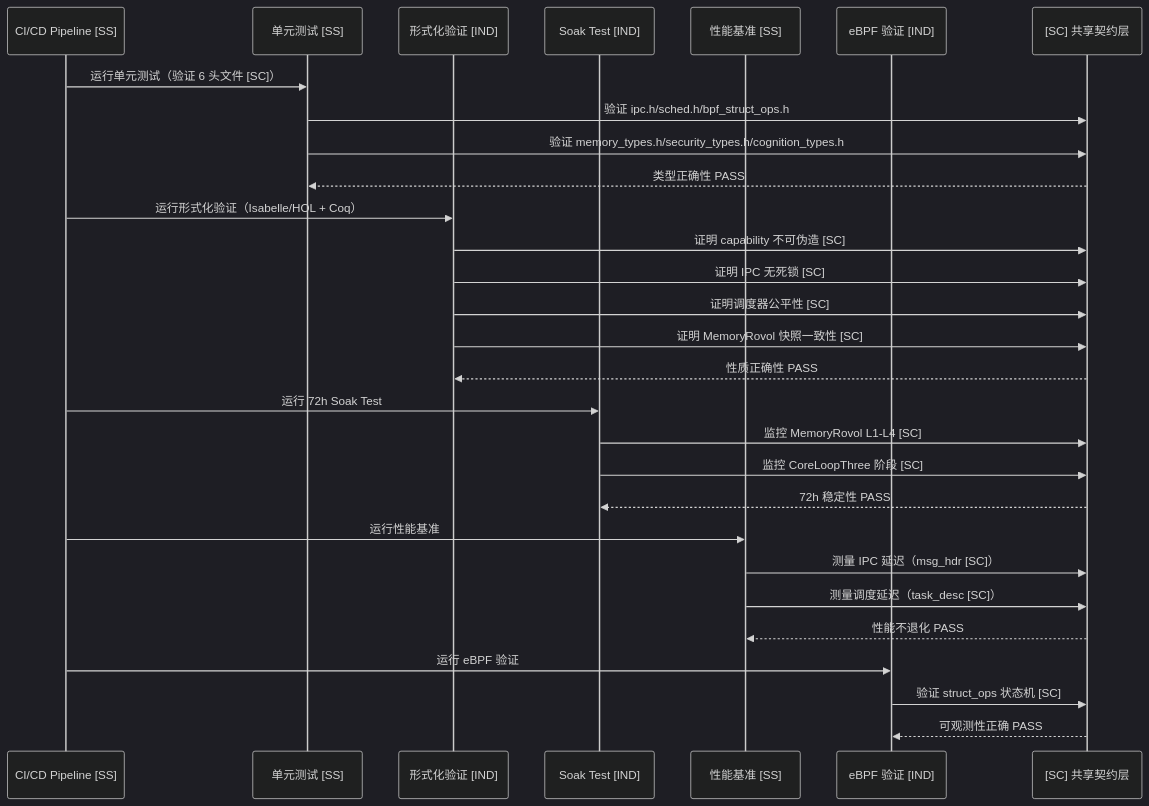
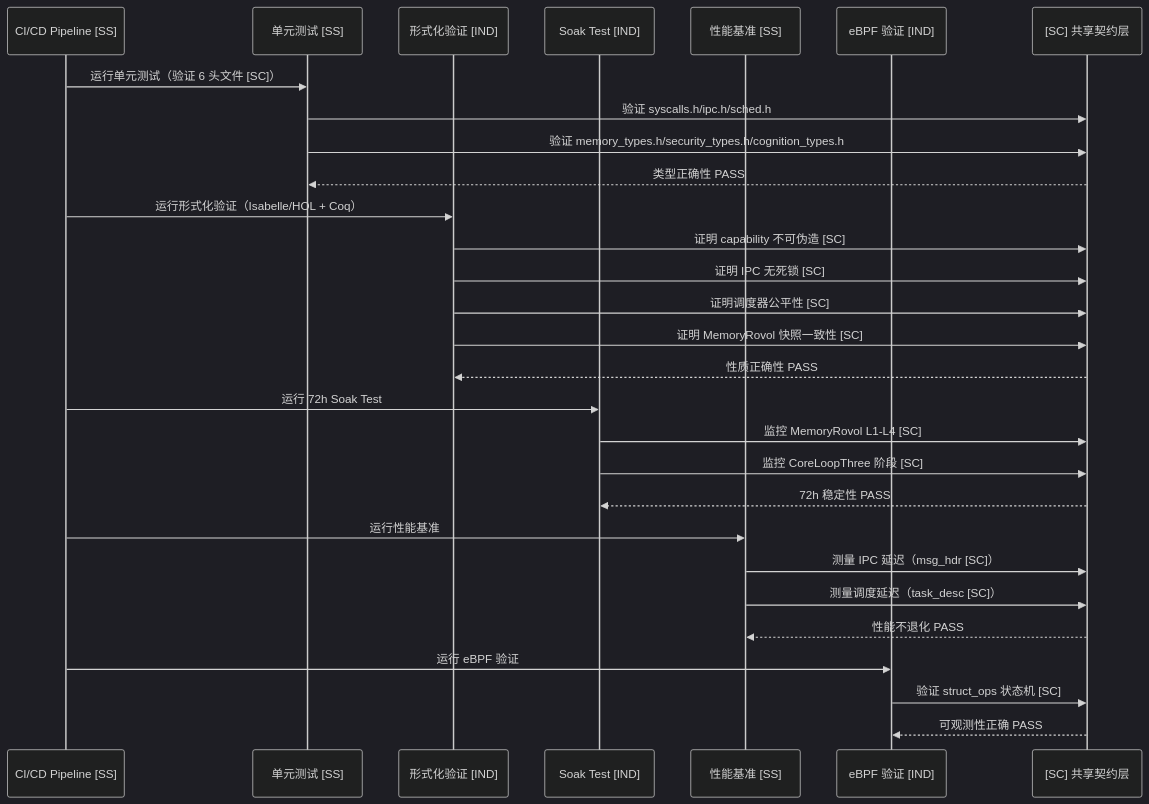
Before and after one commit to SpharxTeam/Docs: the first of 2 diagrams in AirymaxOS/20-modules/08-tests.md, drawn with Mermaid (dark theme). The commit also changed other lines of this file and 151 other files, not shown here.

````diff
--- a/AirymaxOS/20-modules/08-tests.md
+++ b/AirymaxOS/20-modules/08-tests.md
@@ -415,36 +415,36 @@
 ```mermaid
 sequenceDiagram
     participant CI as CI/CD Pipeline [SS]
     participant UNIT as 单元测试 [SS]
     participant FV as 形式化验证 [IND]
     participant SOAK as Soak Test [IND]
     participant BENCH as 性能基准 [SS]
     participant EBPF as eBPF 验证 [IND]
     participant SC as [SC] 共享契约层
 
     CI->>UNIT: 运行单元测试（验证 6 头文件 [SC]）
-    UNIT->>SC: 验证 ipc.h/sched.h/bpf_struct_ops.h
+    UNIT->>SC: 验证 syscalls.h/ipc.h/sched.h
     UNIT->>SC: 验证 memory_types.h/security_types.h/cognition_types.h
     SC-->>UNIT: 类型正确性 PASS
 
     CI->>FV: 运行形式化验证（Isabelle/HOL + Coq）
     FV->>SC: 证明 capability 不可伪造 [SC]
     FV->>SC: 证明 IPC 无死锁 [SC]
     FV->>SC: 证明调度器公平性 [SC]
     FV->>SC: 证明 MemoryRovol 快照一致性 [SC]
     SC-->>FV: 性质正确性 PASS
 
     CI->>SOAK: 运行 72h Soak Test
     SOAK->>SC: 监控 MemoryRovol L1-L4 [SC]
     SOAK->>SC: 监控 CoreLoopThree 阶段 [SC]
     SC-->>SOAK: 72h 稳定性 PASS
 
     CI->>BENCH: 运行性能基准
     BENCH->>SC: 测量 IPC 延迟（msg_hdr [SC]）
     BENCH->>SC: 测量调度延迟（task_desc [SC]）
     SC-->>BENCH: 性能不退化 PASS
 
     CI->>EBPF: 运行 eBPF 验证
     EBPF->>SC: 验证 struct_ops 状态机 [SC]
     SC-->>EBPF: 可观测性正确 PASS
 ```
````
